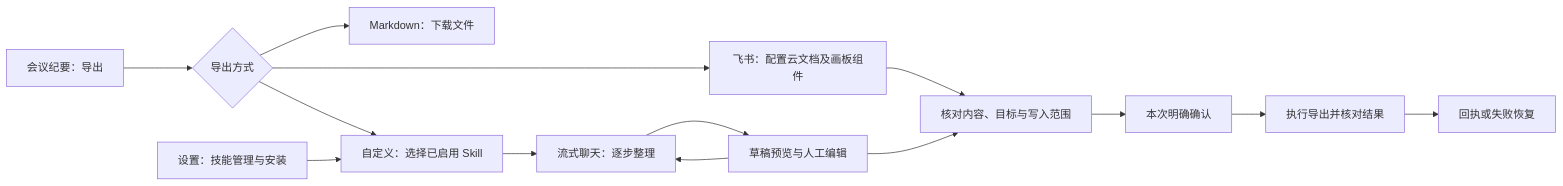
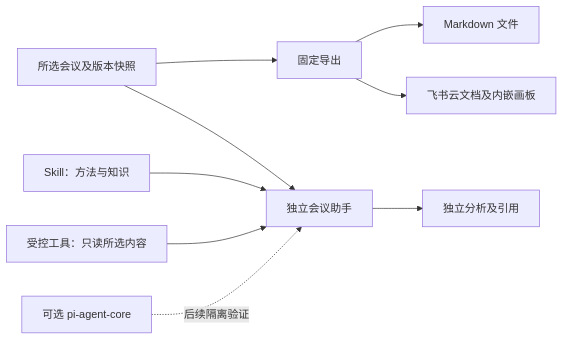
Before and after one commit to RoyalLiang/LingJi-Meeting-Studio: the diagram in docs/design/minutes-publishing-preview-2026-10-30.md, drawn with Mermaid. The commit also changed other lines of this file and 19 other files, not shown here.

````diff
--- a/docs/design/minutes-publishing-preview-2026-10-30.md
+++ b/docs/design/minutes-publishing-preview-2026-10-30.md
@@ -14,16 +17,11 @@
 ```mermaid
 flowchart LR
-  A[会议纪要：导出] --> B{导出方式}
-  B --> M[Markdown：下载文件]
-  B --> F[飞书：配置云文档及画板组件]
-  B --> C[自定义：选择已启用 Skill]
-  S[设置：技能管理与安装] --> C
-  C --> H[流式聊天：逐步整理]
-  H --> D[草稿预览与人工编辑]
-  D --> H
-  D --> R[核对内容、目标与写入范围]
-  F --> R
-  R --> X[本次明确确认]
-  X --> P[执行导出并核对结果]
-  P --> E[回执或失败恢复]
+  R[所选会议及版本快照] --> E[固定导出]
+  E --> M[Markdown 文件]
+  E --> F[飞书云文档及内嵌画板]
+  R --> A[独立会议助手]
+  S[Skill：方法与知识] --> A
+  P[受控工具：只读所选内容] --> A
+  A --> D[独立分析及引用]
+  H[可选 pi-agent-core] -.后续隔离验证.-> A
 ```
````
